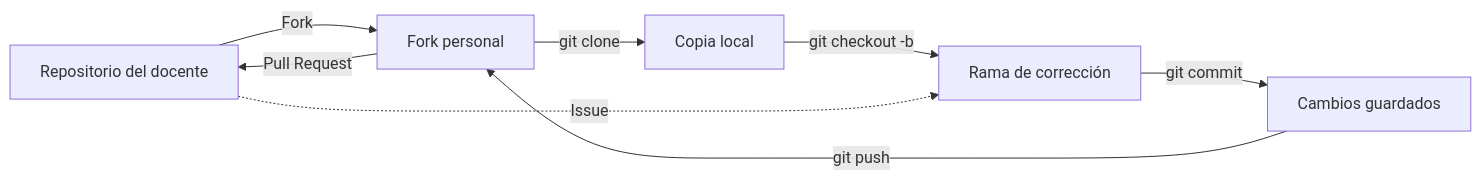
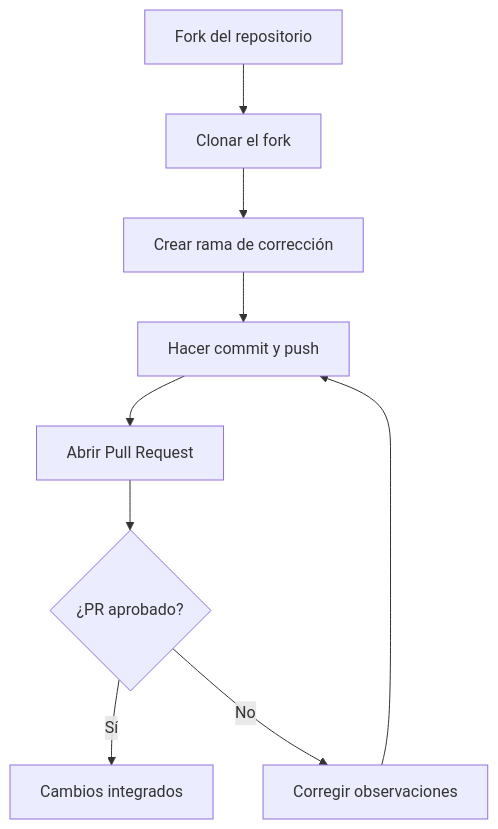
Before and after one commit to nerella97/mi-portafolio: the diagram in README.md, drawn with Mermaid.

Commit message:
improve diagram

````diff
--- a/README.md
+++ b/README.md
@@ -82,10 +82,11 @@
 ```mermaid
-flowchart LR
-    A[Repositorio del docente] -->|Fork| B[Fork personal]
-    B -->|git clone| C[Copia local]
-    C -->|git checkout -b| D[Rama de corrección]
-    D -->|git commit| E[Cambios guardados]
-    E -->|git push| B
-    B -->|Pull Request| A
-    A -.->|Issue| D
+flowchart TD
+    A[Fork del repositorio] --> B[Clonar el fork]
+    B --> C[Crear rama de corrección]
+    C --> D[Hacer commit y push]
+    D --> E[Abrir Pull Request]
+    E --> F{"¿PR aprobado?"}
+    F -->|Sí| G[Cambios integrados]
+    F -->|No| H[Corregir observaciones]
+    H --> D
 ```
````
